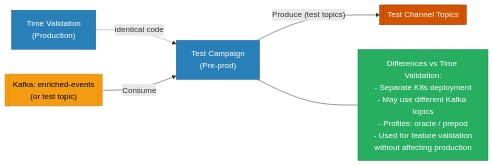
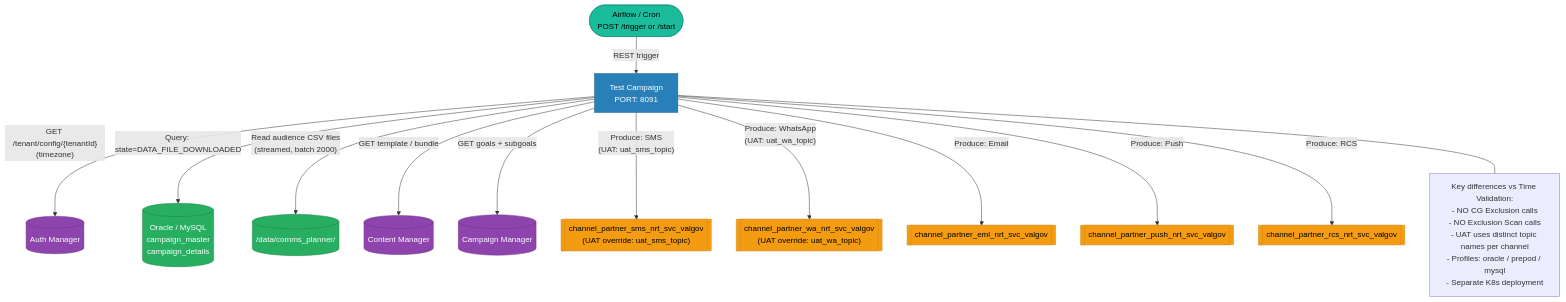
One commit to RamBidiyasar/ulcm-docs changed the ninth of 10 diagrams in comms-hld/06-service-details.md. Above: the diagram before and after it, drawn with Mermaid. The commit also changed other lines of this file and 5 other files, not shown here.

Commit message:
Add Kafka topic analysis documentation

````diff
--- a/comms-hld/06-service-details.md
+++ b/comms-hld/06-service-details.md
@@ -289,17 +359,30 @@
 ```mermaid
-flowchart LR
-    PROD["Time Validation\n(Production)"] -.->|"identical code"| TC["Test Campaign\n(Pre-prod)"]
+flowchart TD
+    AIRFLOW(["Airflow / Cron\nPOST /trigger or /start"]) -->|REST trigger| TC["Test Campaign\nPORT: 8091"]
 
-    KIN[["Kafka: enriched-events\n(or test topic)"]] -->|Consume| TC
-    TC -->|"Produce (test topics)"| KTEST[["Test Channel Topics"]]
+    TC -->|"GET /tenant/config/{tenantId}\n(timezone)"| AUTH[("Auth Manager")]
+    TC -->|"Query: state=DATA_FILE_DOWNLOADED"| DB[("Oracle / MySQL\ncampaign_master\ncampaign_details")]
+    TC -->|"Read audience CSV files\n(streamed, batch 2000)"| FS[("/data/comms_planner/")]
 
-    TC --- DIFF["Differences vs Time Validation:\n- Separate K8s deployment\n- May use different Kafka topics\n- Profiles: oracle / prepod\n- Used for feature validation\nwithout affecting production"]
+    TC -->|"GET template / bundle"| CONT[("Content Manager")]
+    TC -->|"GET goals + subgoals"| CM[("Campaign Manager")]
+
+    TC -->|"Produce: SMS\n(UAT: uat_sms_topic)"| K1[["channel_partner_sms_nrt_svc_valgov\n(UAT override: uat_sms_topic)"]]
+    TC -->|"Produce: WhatsApp\n(UAT: uat_wa_topic)"| K2[["channel_partner_wa_nrt_svc_valgov\n(UAT override: uat_wa_topic)"]]
+    TC -->|"Produce: Email"| K3[["channel_partner_eml_nrt_svc_valgov"]]
+    TC -->|"Produce: Push"| K4[["channel_partner_push_nrt_svc_valgov"]]
+    TC -->|"Produce: RCS"| K5[["channel_partner_rcs_nrt_svc_valgov"]]
+
+    TC --- DIFF["Key differences vs Time Validation:\n- NO CG Exclusion calls\n- NO Exclusion Scan calls\n- UAT uses distinct topic names per channel\n- Profiles: oracle / prepod / mysql\n- Separate K8s deployment"]
+
     classDef kafka fill:#f39c12,color:#000,stroke:#d68910
     classDef svc fill:#2980b9,color:#fff,stroke:#1f618d
     classDef db fill:#27ae60,color:#fff,stroke:#1e8449
-    classDef channel fill:#d35400,color:#fff,stroke:#a04000
-    class KTEST channel
-    class DIFF db
-    class KIN kafka
-    class PROD,TC svc
+    classDef ext fill:#8e44ad,color:#fff,stroke:#6c3483
+    classDef af fill:#1abc9c,color:#000,stroke:#148f77
+    class DB,FS db
+    class CONT,CM,AUTH ext
+    class AIRFLOW af
+    class TC svc
+    class K1,K2,K3,K4,K5 kafka
 ```
````
